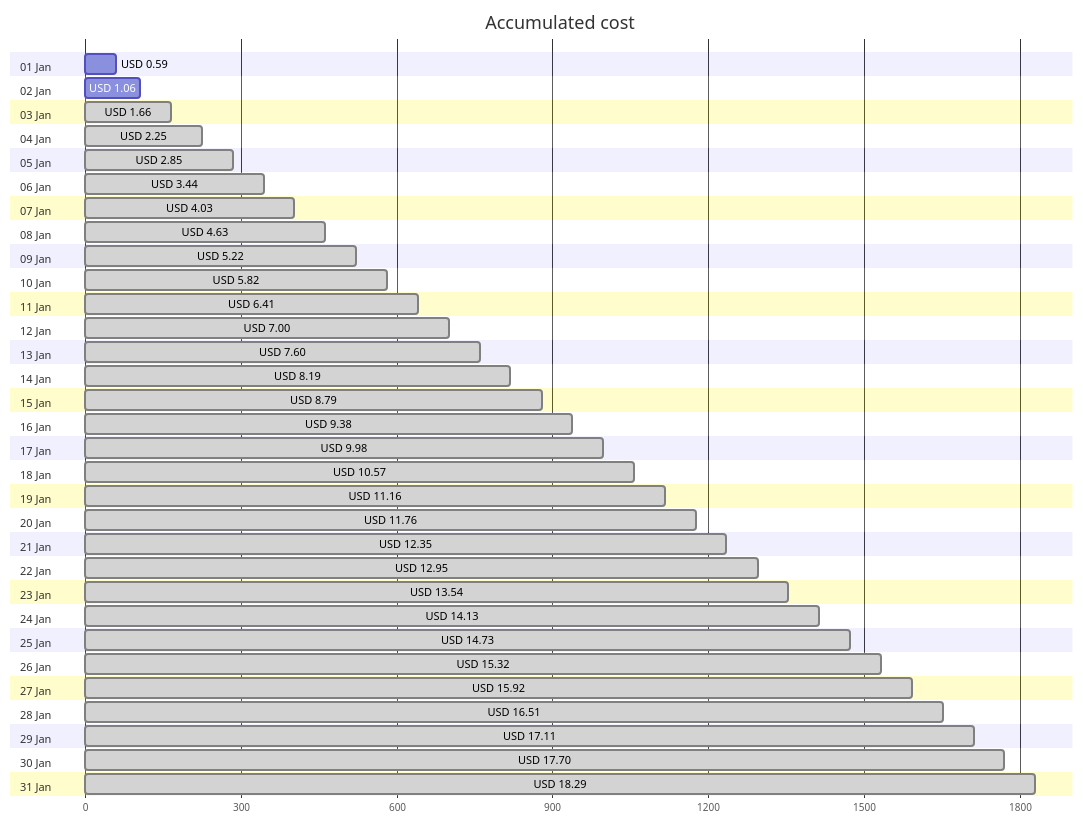
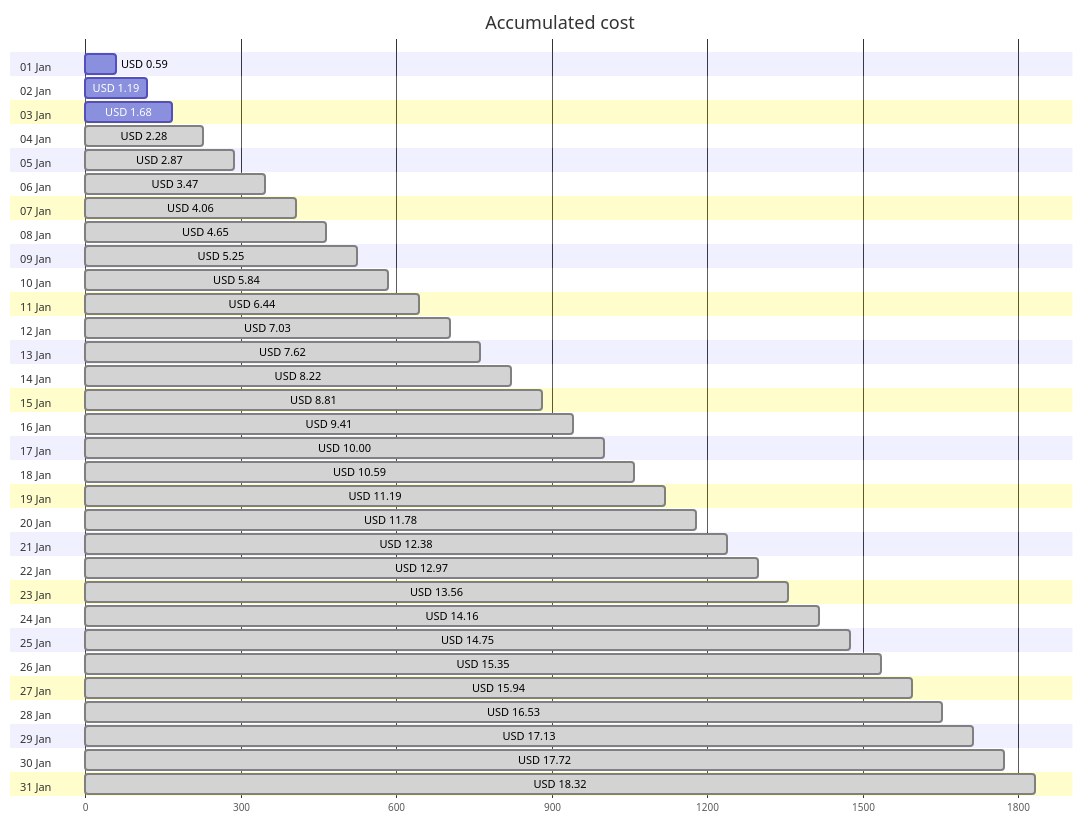
Before and after one commit to jpfulton/azure-personal-reports: the first of 4 diagrams in cost-reports/personal-site/README.md, drawn with Mermaid. The commit also changed other lines of this file and 6 other files, not shown here.

````diff
--- a/cost-reports/personal-site/README.md
+++ b/cost-reports/personal-site/README.md
@@ -20,68 +20,68 @@
 ```mermaid
 gantt
    title Accumulated cost
    dateFormat  X
    axisFormat %s
    section 01 Jan
    USD 0.59 :0, 59
    section 02 Jan
-   USD 1.06 :0, 106
+   USD 1.19 :0, 119
    section 03 Jan
-   USD 1.66 : done, 0, 166
+   USD 1.68 :0, 168
    section 04 Jan
-   USD 2.25 : done, 0, 225
+   USD 2.28 : done, 0, 228
    section 05 Jan
-   USD 2.85 : done, 0, 285
+   USD 2.87 : done, 0, 287
    section 06 Jan
-   USD 3.44 : done, 0, 344
+   USD 3.47 : done, 0, 347
    section 07 Jan
-   USD 4.03 : done, 0, 403
+   USD 4.06 : done, 0, 406
    section 08 Jan
-   USD 4.63 : done, 0, 463
+   USD 4.65 : done, 0, 465
    section 09 Jan
-   USD 5.22 : done, 0, 522
+   USD 5.25 : done, 0, 525
    section 10 Jan
-   USD 5.82 : done, 0, 582
+   USD 5.84 : done, 0, 584
    section 11 Jan
-   USD 6.41 : done, 0, 641
+   USD 6.44 : done, 0, 644
    section 12 Jan
-   USD 7.00 : done, 0, 700
+   USD 7.03 : done, 0, 703
    section 13 Jan
-   USD 7.60 : done, 0, 760
+   USD 7.62 : done, 0, 762
    section 14 Jan
-   USD 8.19 : done, 0, 819
+   USD 8.22 : done, 0, 822
    section 15 Jan
-   USD 8.79 : done, 0, 879
+   USD 8.81 : done, 0, 881
    section 16 Jan
-   USD 9.38 : done, 0, 938
+   USD 9.41 : done, 0, 941
    section 17 Jan
-   USD 9.98 : done, 0, 998
+   USD 10.00 : done, 0, 1000
    section 18 Jan
-   USD 10.57 : done, 0, 1057
+   USD 10.59 : done, 0, 1059
    section 19 Jan
-   USD 11.16 : done, 0, 1116
+   USD 11.19 : done, 0, 1119
    section 20 Jan
-   USD 11.76 : done, 0, 1176
+   USD 11.78 : done, 0, 1178
    section 21 Jan
-   USD 12.35 : done, 0, 1235
+   USD 12.38 : done, 0, 1238
    section 22 Jan
-   USD 12.95 : done, 0, 1295
+   USD 12.97 : done, 0, 1297
    section 23 Jan
-   USD 13.54 : done, 0, 1354
+   USD 13.56 : done, 0, 1356
    section 24 Jan
-   USD 14.13 : done, 0, 1413
+   USD 14.16 : done, 0, 1416
    section 25 Jan
-   USD 14.73 : done, 0, 1473
+   USD 14.75 : done, 0, 1475
    section 26 Jan
-   USD 15.32 : done, 0, 1532
+   USD 15.35 : done, 0, 1535
    section 27 Jan
-   USD 15.92 : done, 0, 1592
+   USD 15.94 : done, 0, 1594
    section 28 Jan
-   USD 16.51 : done, 0, 1651
+   USD 16.53 : done, 0, 1653
    section 29 Jan
-   USD 17.11 : done, 0, 1711
+   USD 17.13 : done, 0, 1713
    section 30 Jan
-   USD 17.70 : done, 0, 1770
+   USD 17.72 : done, 0, 1772
    section 31 Jan
-   USD 18.29 : done, 0, 1829
+   USD 18.32 : done, 0, 1832
 ```
````
